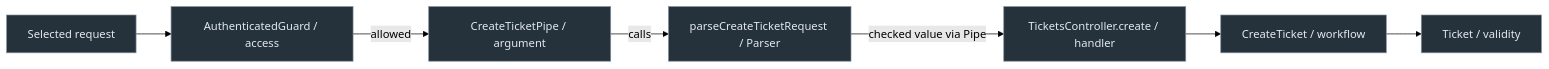
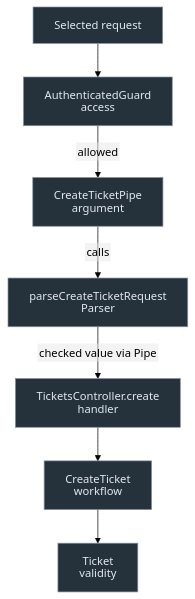
The diagram in architecture/backend/3-nestjs-building-blocks.md (AndresTaoFlorez/software-architecture), drawn with Mermaid (forest theme) before and after one commit. The commit also changed other lines of this file and 79 other files, not shown here.

````diff
--- a/architecture/backend/3-nestjs-building-blocks.md
+++ b/architecture/backend/3-nestjs-building-blocks.md
@@ -91,11 +116,12 @@
 ```mermaid
-flowchart LR
-    R["Selected request"] --> G["AuthenticatedGuard / access"]
-    G -->|"allowed"| P["CreateTicketPipe / argument"]
-    P -->|"calls"| V["parseCreateTicketRequest / Parser"]
-    V -->|"checked value via Pipe"| H["TicketsController.create / handler"]
-    H --> A["CreateTicket / workflow"]
-    A --> D["Ticket / validity"]
+%%{init: {"htmlLabels": false, "flowchart": {"htmlLabels": false, "nodeSpacing": 28, "rankSpacing": 48, "diagramPadding": 20, "wrappingWidth": 280}, "sequence": {"wrap": true, "diagramMarginX": 20, "diagramMarginY": 20}}}%%
+flowchart TB
+    R["Selected request"] --> G["AuthenticatedGuard<br/>access"]
+    G -->|"allowed"| P["CreateTicketPipe<br/>argument"]
+    P -->|"calls"| V["parseCreateTicketRequest<br/>Parser"]
+    V -->|"checked value via Pipe"| H["TicketsController.create<br/>handler"]
+    H --> A["CreateTicket<br/>workflow"]
+    A --> D["Ticket<br/>validity"]
     classDef step fill:#25313b,stroke:#82909e,color:#e2e8ef
     class R,G,P,V,H,A,D step
 ```
````
